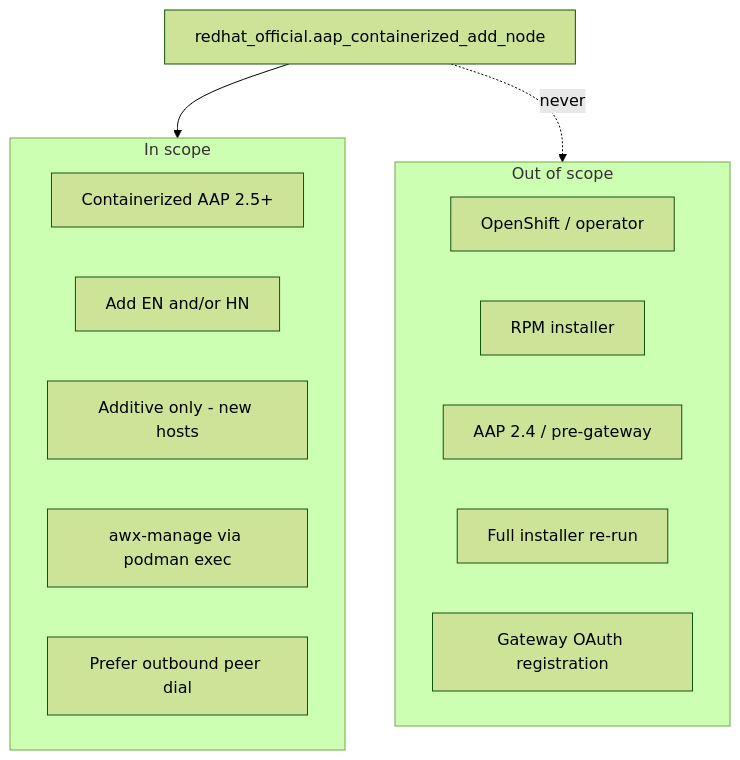
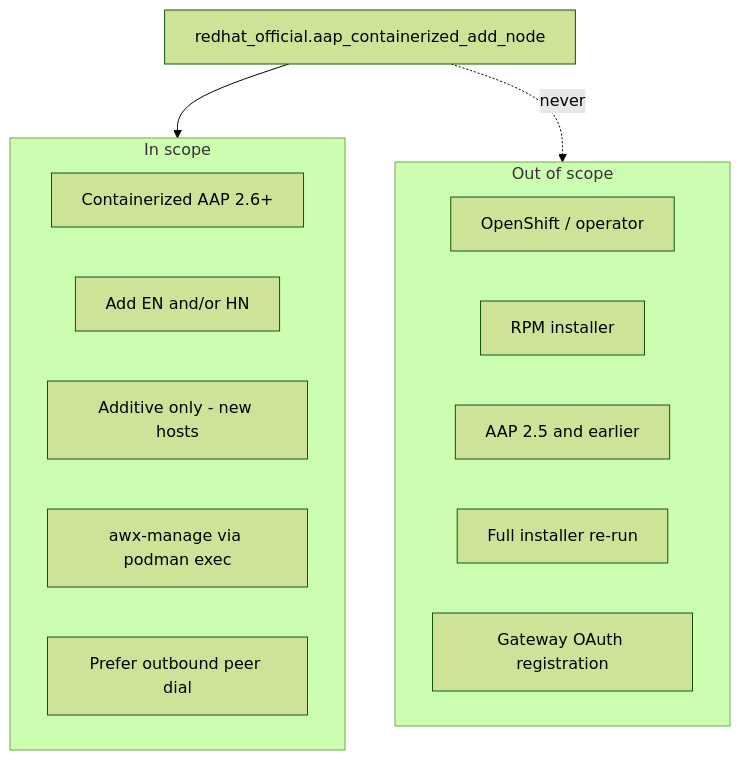
One commit to RedHatOfficial/aap-containerized-add-node changed the first of 5 diagrams in docs/COLLECTION_MAP.md. Above: the diagram before and after it, drawn with Mermaid (forest theme). The commit also changed other lines of this file and 10 other files, not shown here.

````diff
--- a/docs/COLLECTION_MAP.md
+++ b/docs/COLLECTION_MAP.md
@@ -11,21 +11,21 @@
 ```mermaid
 flowchart TB
   subgraph IN["In scope"]
-    AAP["Containerized AAP 2.5+"]
+    AAP["Containerized AAP 2.6+"]
     NODE["Add EN and/or HN"]
     ADD["Additive only - new hosts"]
     AWX["awx-manage via podman exec"]
     ZERO["Prefer outbound peer dial"]
   end
 
   subgraph OUT["Out of scope"]
     OCP["OpenShift / operator"]
     RPM["RPM installer"]
-    V24["AAP 2.4 / pre-gateway"]
+    V25["AAP 2.5 and earlier"]
     FULL["Full installer re-run"]
     GW["Gateway OAuth registration"]
   end
 
   COL["redhat_official.aap_containerized_add_node"] --> IN
   COL -.->|never| OUT
 ```
````
